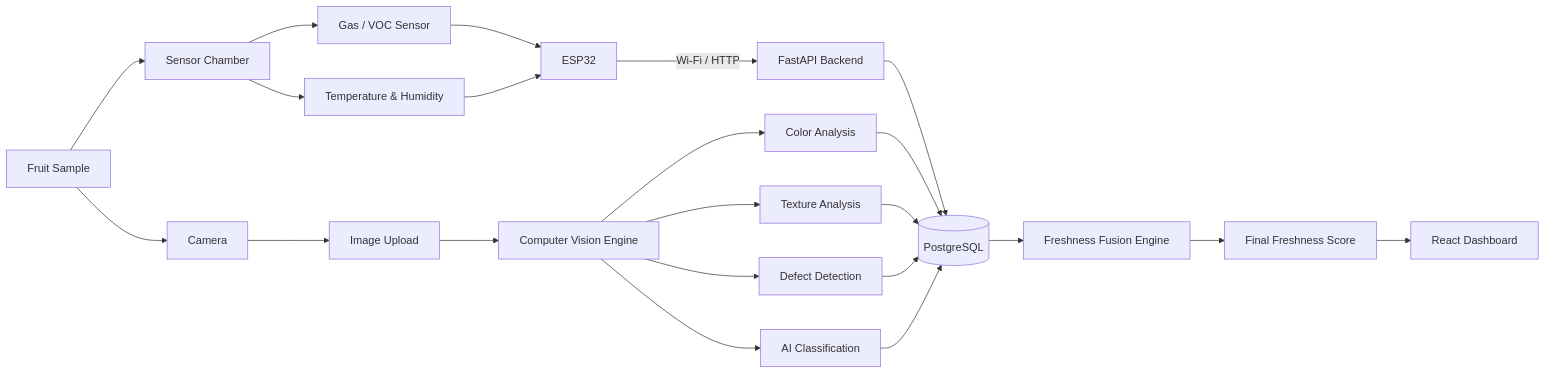
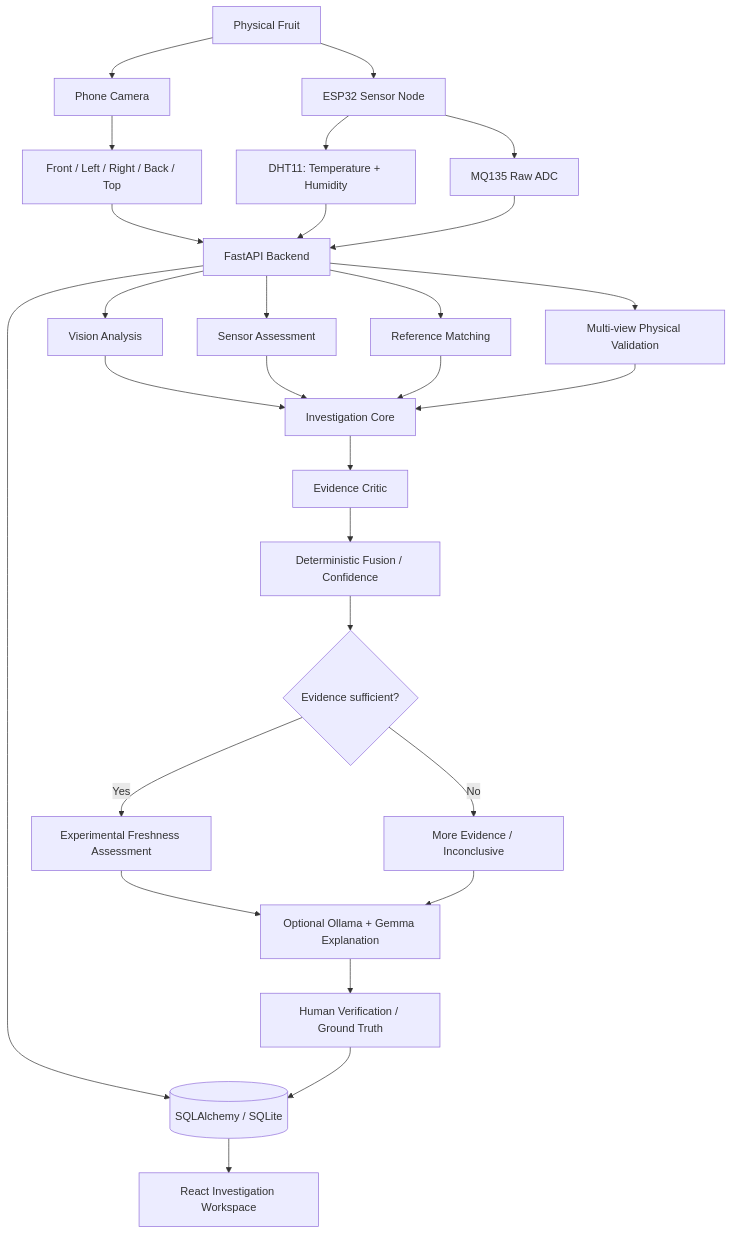
Before and after one commit to thetarunsahu/Fresh-Fusion-: the diagram in README.md, drawn with Mermaid. The commit also changed other lines of this file, not shown here.

Commit message:
Refactor README around current FreshFusion architecture

````diff
--- a/README.md
+++ b/README.md
@@ -255,36 +25,40 @@
 ```mermaid
-flowchart LR
+flowchart TD
+    F[Physical Fruit]
 
-    F[Fruit Sample]
+    F --> CAM[Phone Camera]
+    F --> ESP[ESP32 Sensor Node]
 
-    F --> CAM[Camera]
-    F --> SENS[Sensor Chamber]
+    CAM --> VIEWS[Front / Left / Right / Back / Top]
+    ESP --> DHT[DHT11: Temperature + Humidity]
+    ESP --> MQ[MQ135 Raw ADC]
 
-    SENS --> MQ[Gas / VOC Sensor]
-    SENS --> DHT[Temperature & Humidity]
+    VIEWS --> API[FastAPI Backend]
+    DHT --> API
+    MQ --> API
 
-    MQ --> ESP[ESP32]
-    DHT --> ESP
+    API --> DB[(SQLAlchemy / SQLite)]
+    API --> CV[Vision Analysis]
+    API --> SA[Sensor Assessment]
+    API --> REF[Reference Matching]
+    API --> MV[Multi-view Physical Validation]
 
-    ESP -->|Wi-Fi / HTTP| API[FastAPI Backend]
+    CV --> INV[Investigation Core]
+    SA --> INV
+    REF --> INV
+    MV --> INV
 
-    CAM --> IMG[Image Upload]
-    IMG --> CV[Computer Vision Engine]
+    INV --> CRITIC[Evidence Critic]
+    CRITIC --> FUSION[Deterministic Fusion / Confidence]
 
-    CV --> COLOR[Color Analysis]
-    CV --> TEXTURE[Texture Analysis]
-    CV --> DEFECT[Defect Detection]
-    CV --> MODEL[AI Classification]
+    FUSION --> DECISION{Evidence sufficient?}
+    DECISION -->|No| MORE[More Evidence / Inconclusive]
+    DECISION -->|Yes| RESULT[Experimental Freshness Assessment]
 
-    API --> DB[(PostgreSQL)]
-    COLOR --> DB
-    TEXTURE --> DB
-    DEFECT --> DB
-    MODEL --> DB
+    RESULT --> LLM[Optional Ollama + Gemma Explanation]
+    MORE --> LLM
 
-    DB --> FUSION[Freshness Fusion Engine]
-
-    FUSION --> RESULT[Final Freshness Score]
-
-    RESULT --> DASH[React Dashboard]
+    LLM --> HUMAN[Human Verification / Ground Truth]
+    HUMAN --> DB
+    DB --> UI[React Investigation Workspace]
 ```
````
